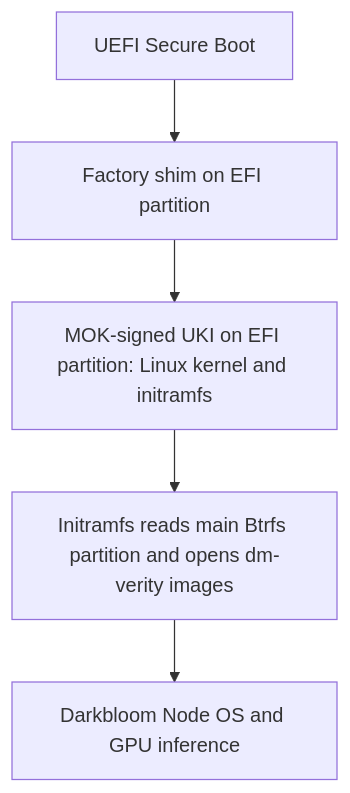
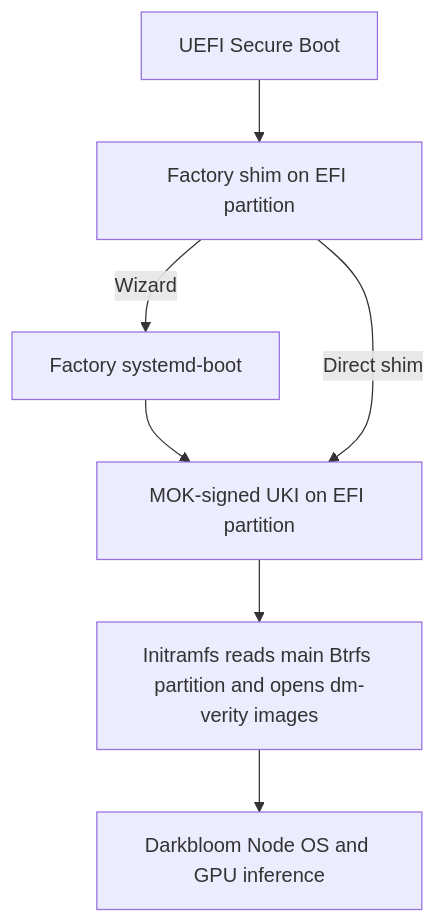
The diagram in README.md (Layr-Labs/darkbloom-halo-repro), drawn with Mermaid before and after one commit. The commit also changed other lines of this file and 35 other files, not shown here.

````diff
--- a/README.md
+++ b/README.md
@@ -20,7 +21,9 @@
 ```mermaid
 flowchart TD
     UEFI[UEFI Secure Boot] --> SHIM[Factory shim on EFI partition]
-    SHIM --> UKI[MOK-signed UKI on EFI partition: Linux kernel and initramfs]
+    SHIM -->|Wizard| MENU[Factory systemd-boot]
+    MENU --> UKI[MOK-signed UKI on EFI partition]
+    SHIM -->|Direct shim| UKI
     UKI --> VERIFY[Initramfs reads main Btrfs partition and opens dm-verity images]
     VERIFY --> NODE[Darkbloom Node OS and GPU inference]
 ```
````
